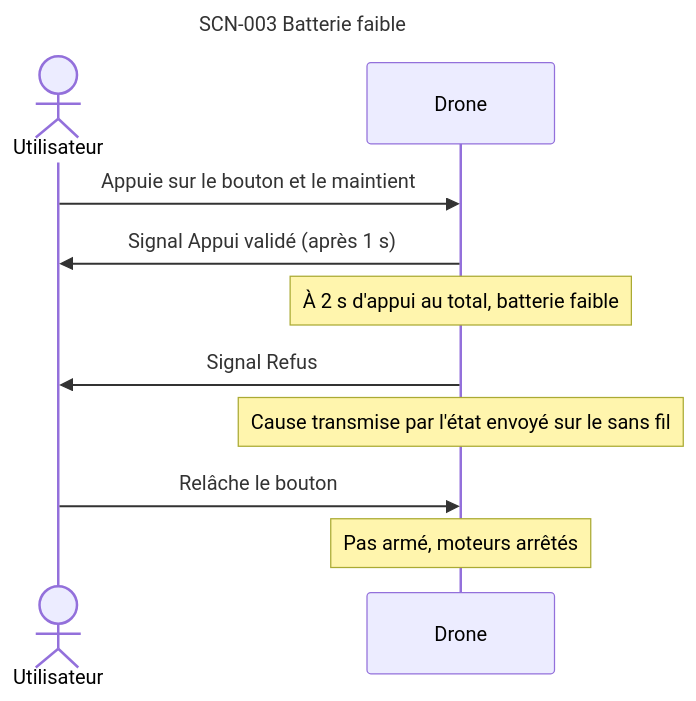
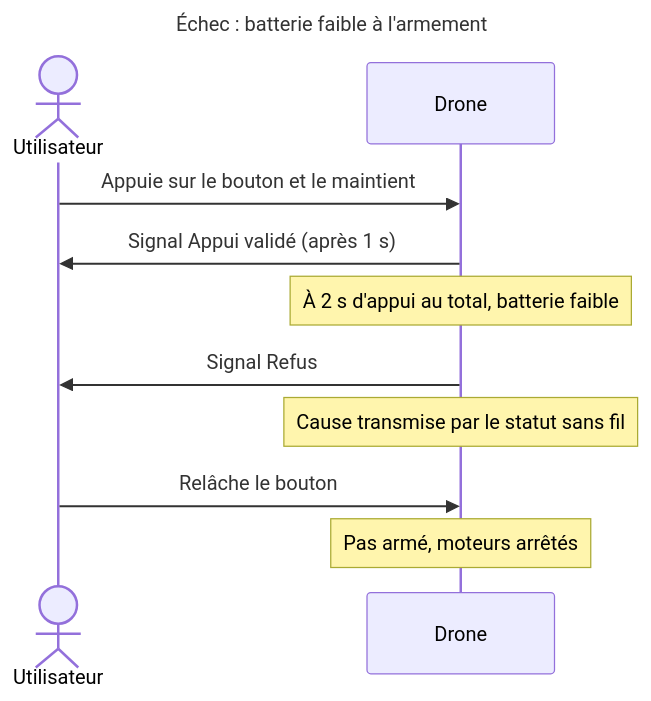
One commit to thourymatthieu-png/coworker_archi_system changed the seventh of 15 diagrams in projets/boomrone/00-scenarios.md. Above: the diagram before and after it, drawn with Mermaid. The commit also changed other lines of this file and 6 other files, not shown here.

````diff
--- a/projets/boomrone/00-scenarios.md
+++ b/projets/boomrone/00-scenarios.md
@@ -434,15 +497,15 @@
 ```mermaid
 ---
-title: "SCN-003 Batterie faible"
+title: "Échec : batterie faible à l'armement"
 ---
 sequenceDiagram
     actor U as Utilisateur
     participant D as Drone
     U->>D: Appuie sur le bouton et le maintient
     D->>U: Signal Appui validé (après 1 s)
     Note over D: À 2 s d'appui au total, batterie faible
     D->>U: Signal Refus
-    Note over D: Cause transmise par l'état envoyé sur le sans fil
+    Note over D: Cause transmise par le statut sans fil
     U->>D: Relâche le bouton
     Note over D: Pas armé, moteurs arrêtés
 ```
````
